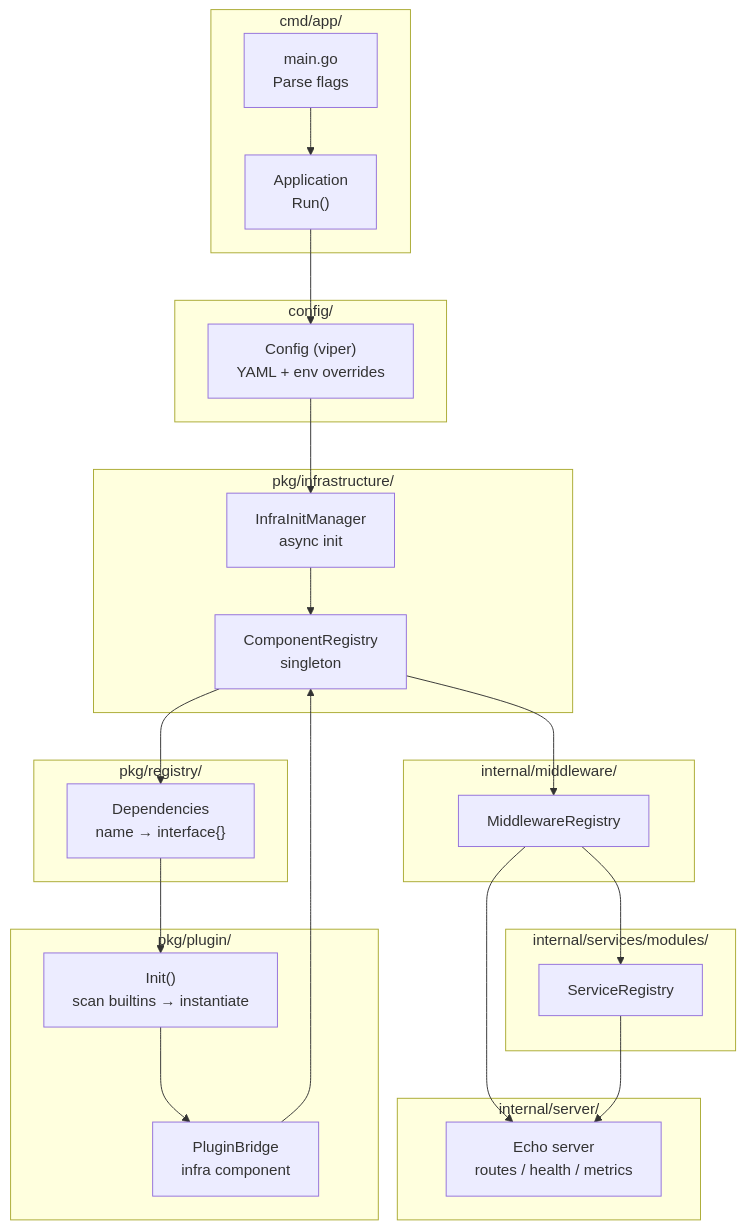
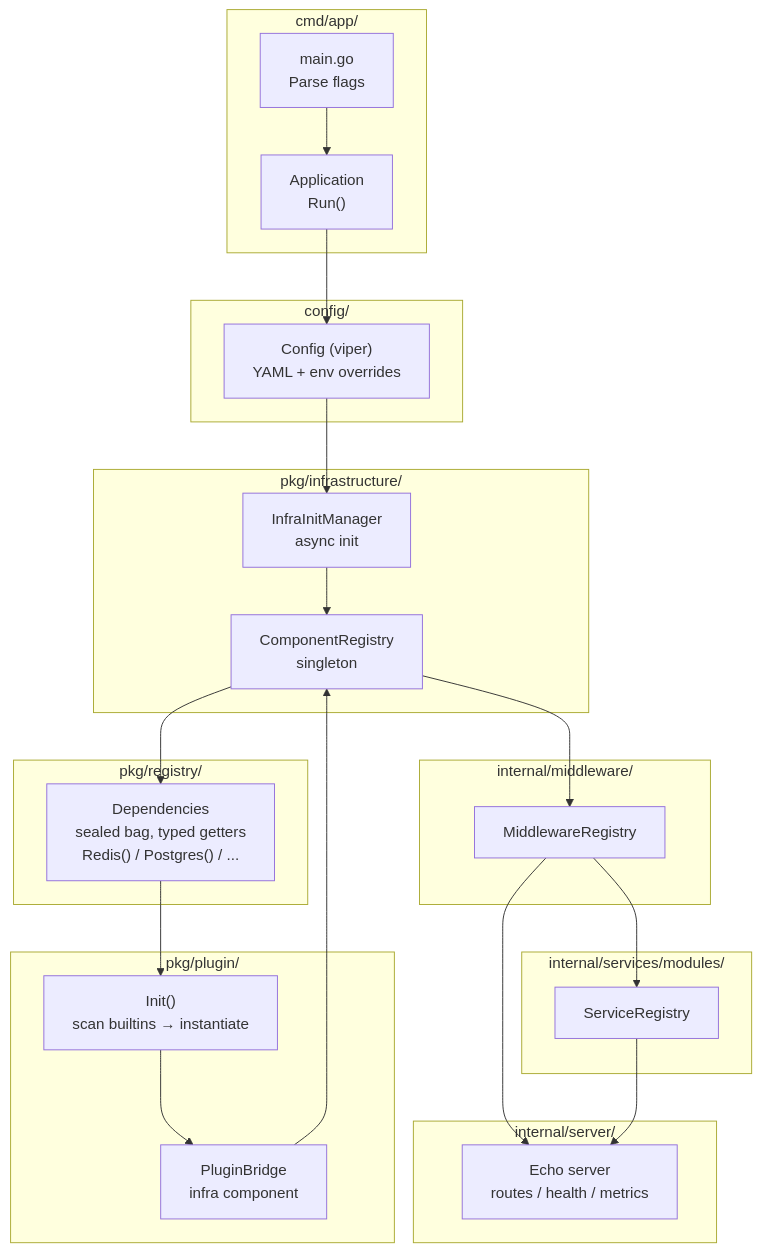
The first of 9 diagrams in DESIGN.md (diameter-tscd/stackyrd), drawn with Mermaid before and after one commit. The commit also changed other lines of this file and 57 other files, not shown here.

````diff
--- a/DESIGN.md
+++ b/DESIGN.md
@@ -5,50 +5,50 @@
 ```mermaid
 flowchart TB
     subgraph cmd["cmd/app/"]
         main["main.go<br/>Parse flags"]
         app["Application<br/>Run()"]
     end
 
     subgraph config["config/"]
         cfg["Config (viper)<br/>YAML + env overrides"]
     end
 
     subgraph infra["pkg/infrastructure/"]
         compReg["ComponentRegistry<br/>singleton"]
         infraInit["InfraInitManager<br/>async init"]
     end
 
     subgraph deps["pkg/registry/"]
-        depBag["Dependencies<br/>name → interface{}"]
+        depBag["Dependencies<br/>sealed bag, typed getters<br/>Redis() / Postgres() / ..."]
     end
 
     subgraph plugin["pkg/plugin/"]
         plugInit["Init()<br/>scan builtins → instantiate"]
         plugBridge["PluginBridge<br/>infra component"]
     end
 
     subgraph mw["internal/middleware/"]
         mwReg["MiddlewareRegistry"]
     end
 
     subgraph svc["internal/services/modules/"]
         svcReg["ServiceRegistry"]
     end
 
     subgraph server["internal/server/"]
         srv["Echo server<br/>routes / health / metrics"]
     end
 
     main --> app
     app --> cfg
     cfg --> infraInit
     infraInit --> compReg
     compReg --> depBag
     depBag --> plugInit
     plugInit --> plugBridge
     plugBridge --> compReg
     compReg --> mwReg
     mwReg --> srv
     mwReg --> svcReg
     svcReg --> srv
 ```
````
